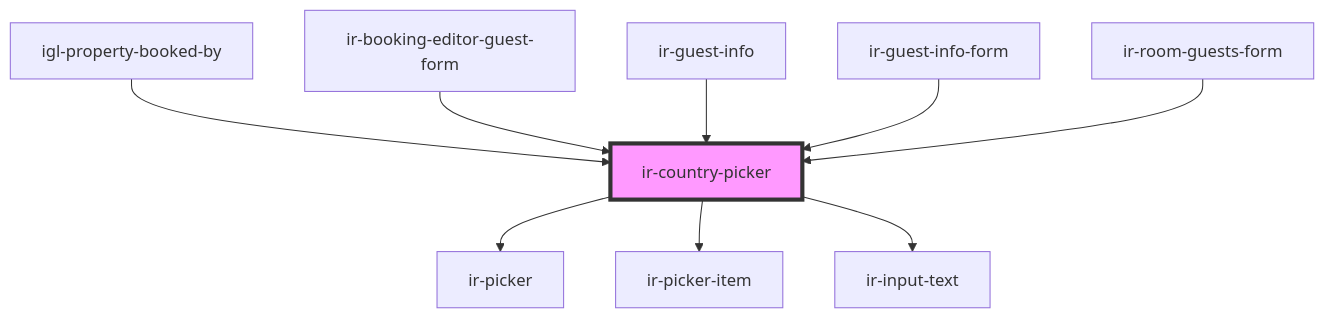
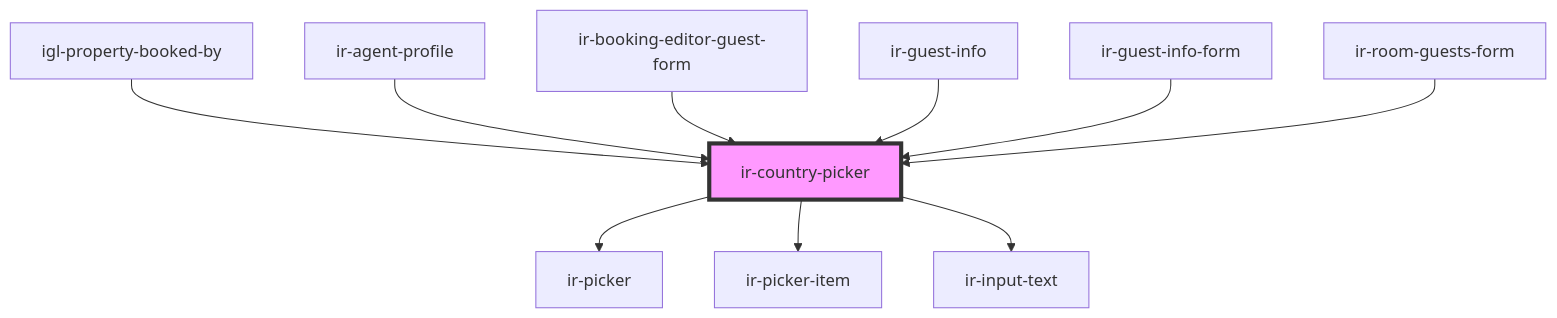
The diagram in src/components/ui/ir-country-picker/readme.md (RonyRizk/ir-webcmp), drawn with Mermaid before and after one commit. The commit also changed other lines of this file and 64 other files, not shown here.

````diff
--- a/src/components/ui/ir-country-picker/readme.md
+++ b/src/components/ui/ir-country-picker/readme.md
@@ -47,12 +49,13 @@
 ```mermaid
 graph TD;
   ir-country-picker --> ir-picker
   ir-country-picker --> ir-picker-item
   ir-country-picker --> ir-input-text
   igl-property-booked-by --> ir-country-picker
+  ir-agent-profile --> ir-country-picker
   ir-booking-editor-guest-form --> ir-country-picker
   ir-guest-info --> ir-country-picker
   ir-guest-info-form --> ir-country-picker
   ir-room-guests-form --> ir-country-picker
   style ir-country-picker fill:#f9f,stroke:#333,stroke-width:4px
 ```
````
